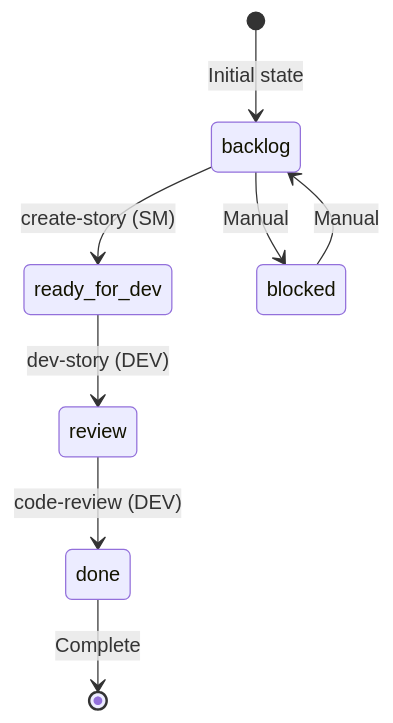
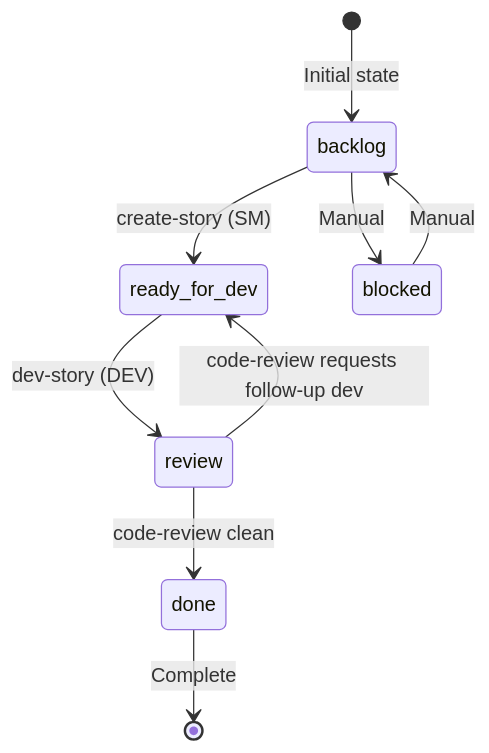
Before and after one commit to dickymoore/bmad-ralph-loop: the first of 2 diagrams in docs/workflows.md, drawn with Mermaid. The commit also changed other lines of this file and 3 other files, not shown here.

````diff
--- a/docs/workflows.md
+++ b/docs/workflows.md
@@ -37,11 +37,12 @@
 ```mermaid
 stateDiagram-v2
     [*] --> backlog: Initial state
     backlog --> ready_for_dev: create-story (SM)
     ready_for_dev --> review: dev-story (DEV)
-    review --> done: code-review (DEV)
+    review --> ready_for_dev: code-review requests follow-up dev
+    review --> done: code-review clean
     done --> [*]: Complete
 
     backlog --> blocked: Manual
     blocked --> backlog: Manual
 ```
````
